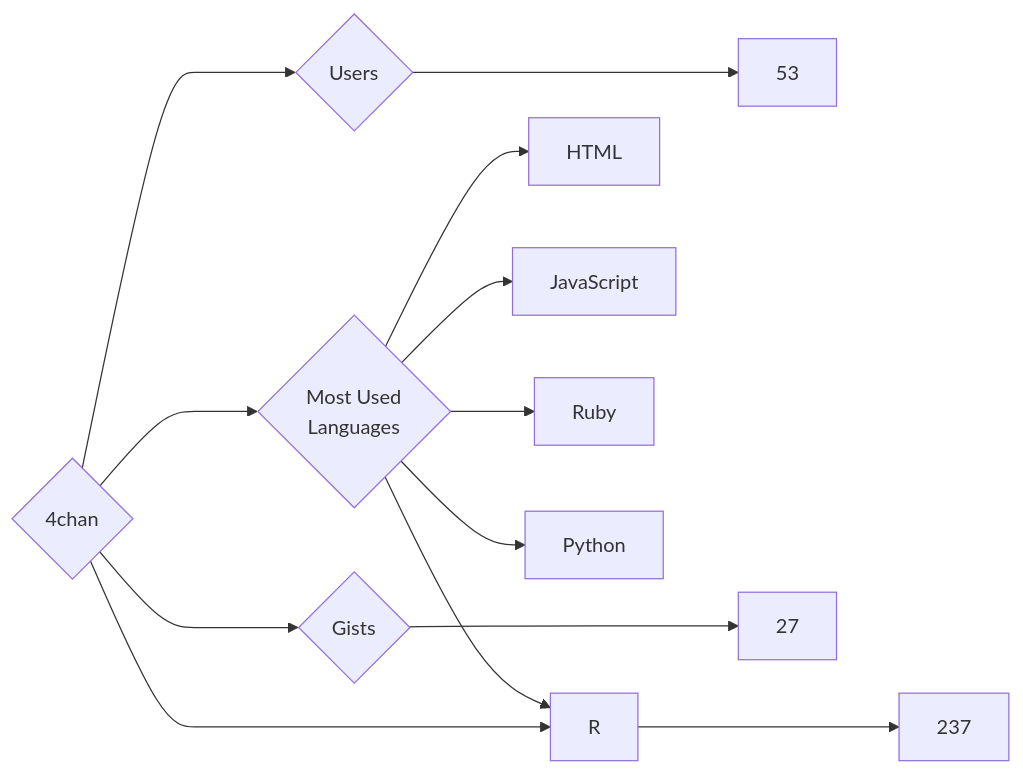
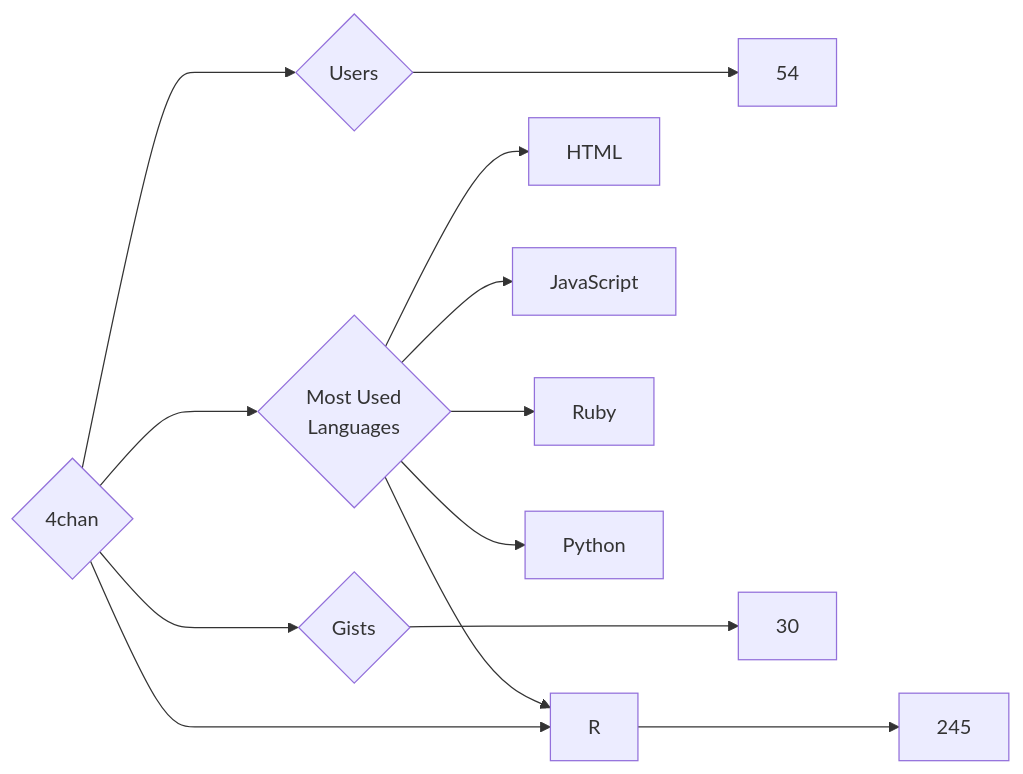
Before and after one commit to trickest/insiders: the diagram in targets/4chan/README.md, drawn with Mermaid. The commit also changed 1084 other files, not shown here.

````diff
--- a/targets/4chan/README.md
+++ b/targets/4chan/README.md
@@ -3,13 +3,13 @@
 ```mermaid
 graph LR
 COMPANY_NAME{4chan}
-COMPANY_NAME ---> U{Users} ---> UN[53]
-COMPANY_NAME ---> R{Repositories} ---> RN[237]
-COMPANY_NAME ---> G{Gists} ---> GN[27]
+COMPANY_NAME ---> U{Users} ---> UN[54]
+COMPANY_NAME ---> R{Repositories} ---> RN[245]
+COMPANY_NAME ---> G{Gists} ---> GN[30]
 COMPANY_NAME ---> ML{Most Used<br>Languages}
 ML --> HTML[HTML]
 ML --> JavaScript[JavaScript]
 ML --> Ruby[Ruby]
 ML --> Python[Python]
 ML --> R[R]
 ```
````
